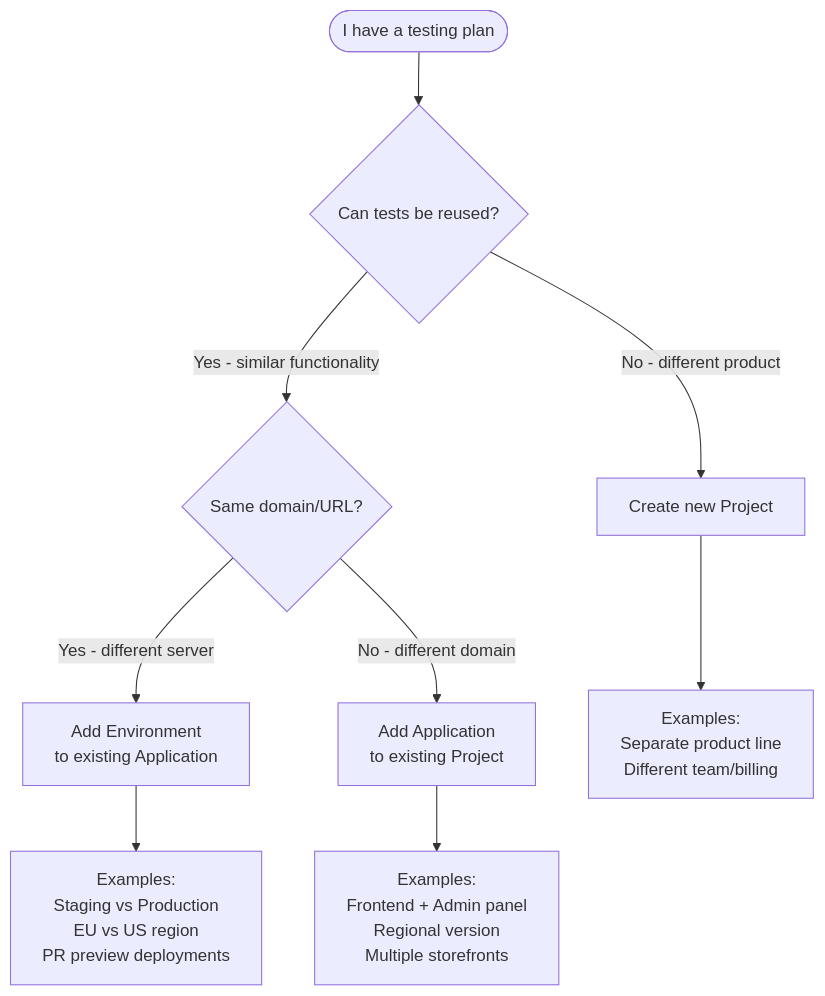
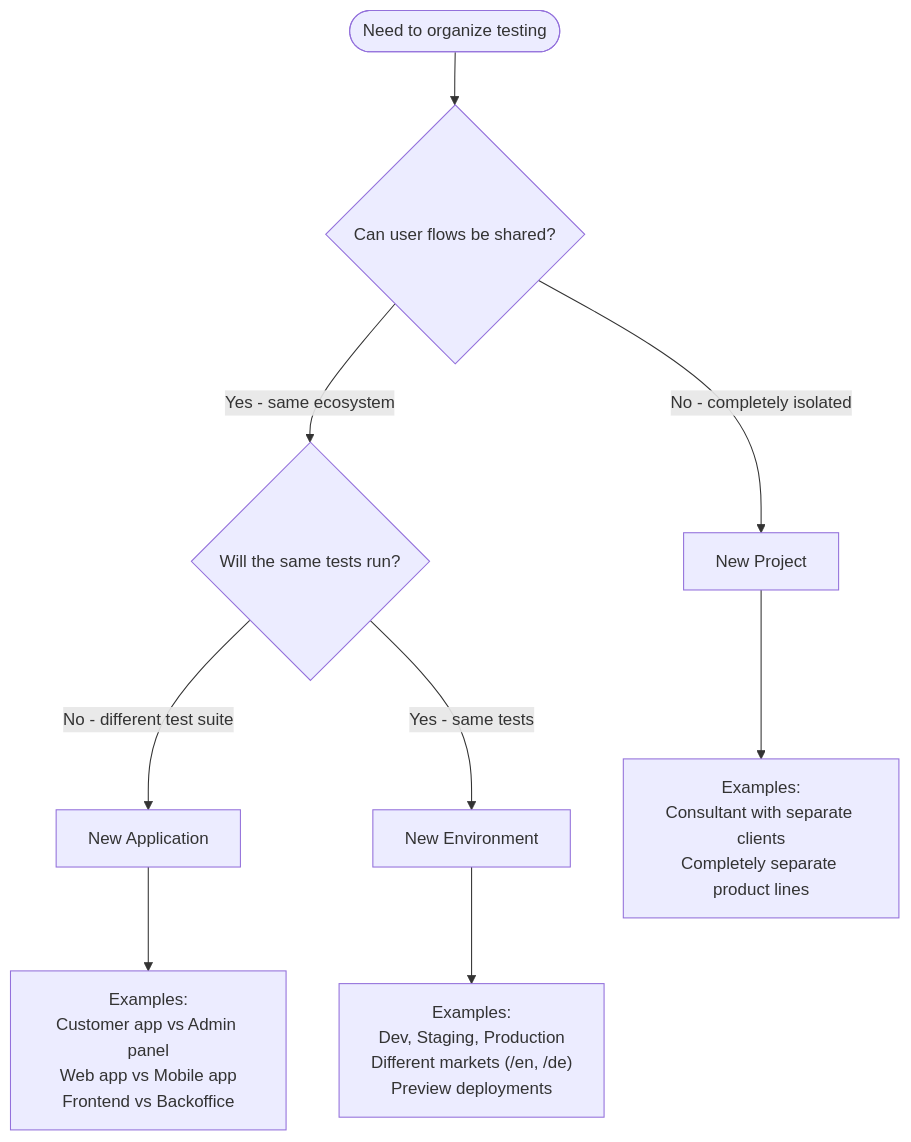
One commit to QAdottech/docs changed the diagram in core-concepts/applications-and-environments.mdx. Above: the diagram before and after it, drawn with Mermaid. The commit also changed other lines of this file, not shown here.

````diff
--- a/core-concepts/applications-and-environments.mdx
+++ b/core-concepts/applications-and-environments.mdx
@@ -11,16 +182,16 @@
 ```mermaid
 flowchart TD
-    START(["I have a testing plan"]) --> Q1{Can tests be reused?}
+    START(["Need to organize testing"]) --> Q1{Can user flows be shared?}
     
-    Q1 -->|"No - different product"| NEW_PROJECT["Create new Project"]
-    Q1 -->|"Yes - similar functionality"| Q2{Same domain/URL?}
+    Q1 -->|"No - completely isolated"| NEW_PROJECT["New Project"]
+    Q1 -->|"Yes - same ecosystem"| Q2{Will the same tests run?}
     
-    Q2 -->|"Yes - different server"| NEW_ENV["Add Environment<br/>to existing Application"]
-    Q2 -->|"No - different domain"| NEW_APP["Add Application<br/>to existing Project"]
+    Q2 -->|"No - different test suite"| NEW_APP["New Application"]
+    Q2 -->|"Yes - same tests"| NEW_ENV["New Environment"]
     
-    NEW_ENV --> EX1["Examples:<br/>Staging vs Production<br/>EU vs US region<br/>PR preview deployments"]
+    NEW_PROJECT --> EX1["Examples:<br/>Consultant with separate clients<br/>Completely separate product lines"]
     
-    NEW_APP --> EX2["Examples:<br/>Frontend + Admin panel<br/>Regional version<br/>Multiple storefronts"]
+    NEW_APP --> EX2["Examples:<br/>Customer app vs Admin panel<br/>Web app vs Mobile app<br/>Frontend vs Backoffice"]
     
-    NEW_PROJECT --> EX3["Examples:<br/>Separate product line<br/>Different team/billing"]
+    NEW_ENV --> EX3["Examples:<br/>Dev, Staging, Production<br/>Different markets (/en, /de)<br/>Preview deployments"]
 ```
````
